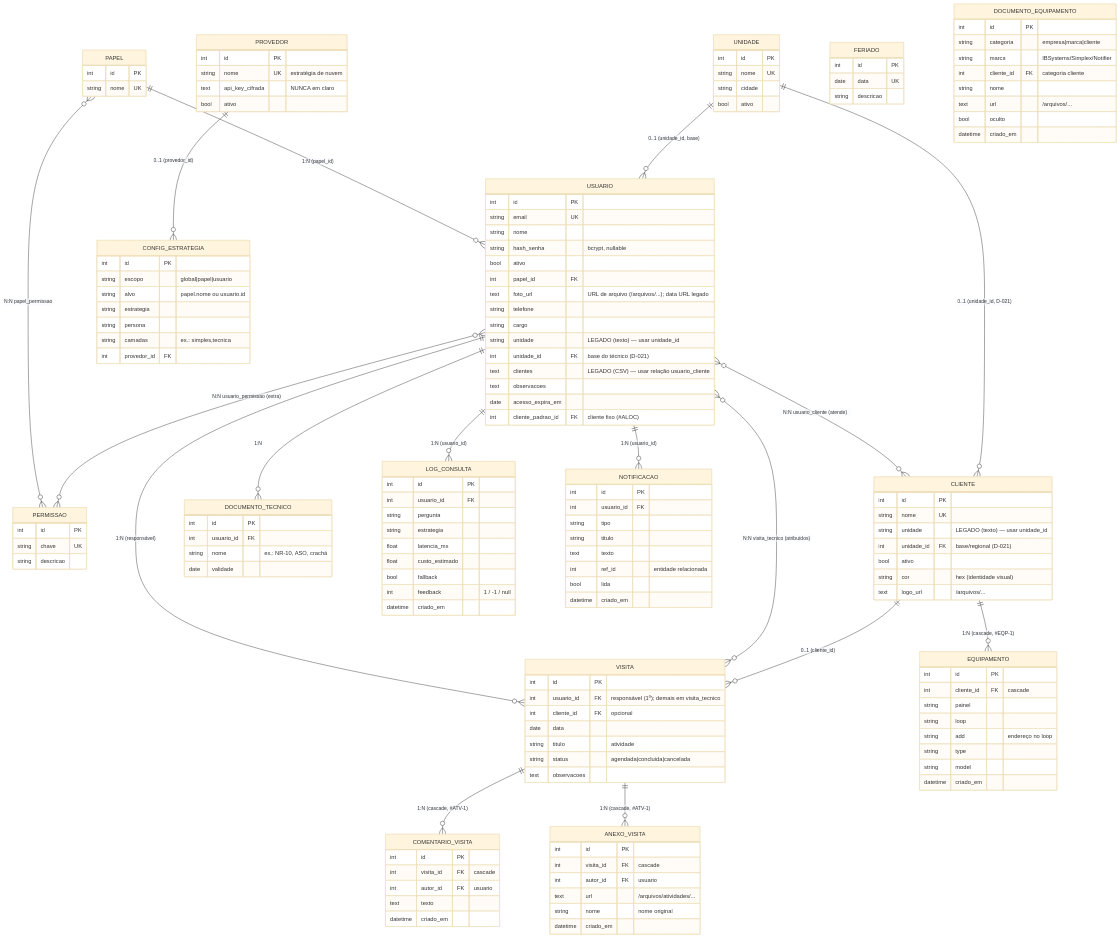
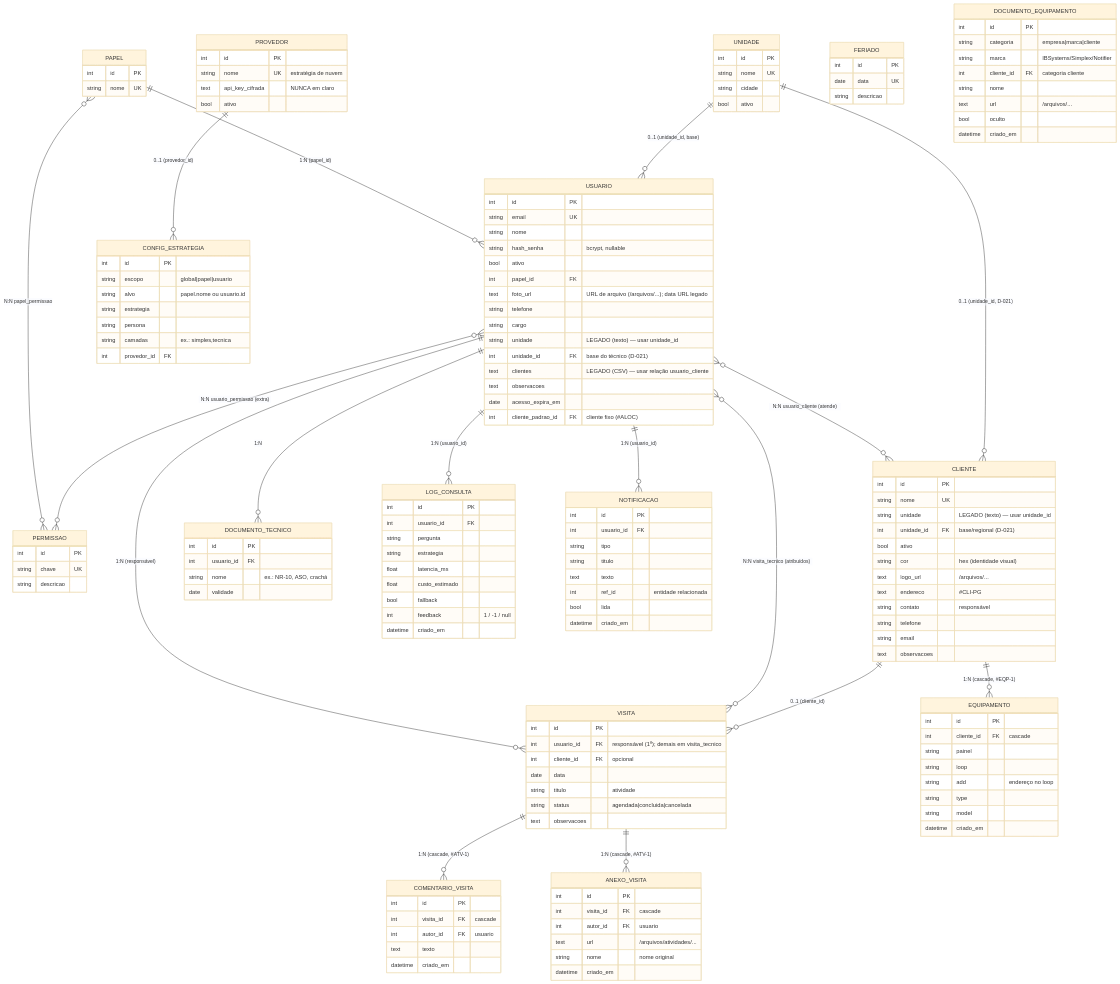
Before and after one commit to caiquemiranda/RAG-Simplex: the diagram in docs/MODELO_DADOS.md, drawn with Mermaid (base theme). The commit also changed other lines of this file and 13 other files, not shown here.

First line of the commit message:
feat(#CLI-PG): pagina do cliente — endereco/contatos + equipamentos (CSV)

```diff
--- a/docs/MODELO_DADOS.md
+++ b/docs/MODELO_DADOS.md
@@ -66,6 +66,11 @@
     bool ativo
     string cor "hex (identidade visual)"
     text logo_url "/arquivos/..."
+    text endereco "#CLI-PG"
+    string contato "responsável"
+    string telefone
+    string email
+    text observacoes
   }
   VISITA {
     int id PK
```
